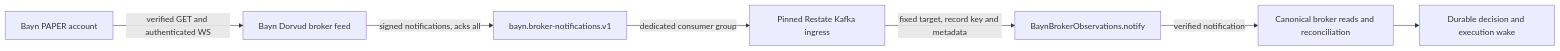
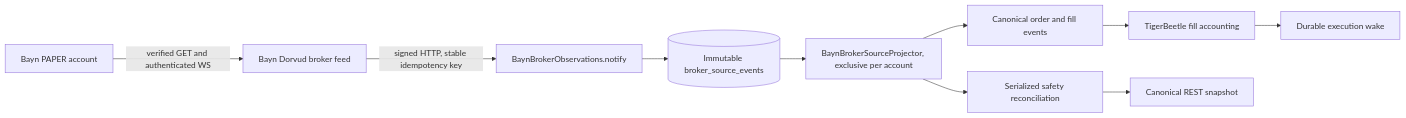
The diagram in argocd/applications/bayn/README.md (proompteng/lab), drawn with Mermaid before and after one commit. The commit also changed other lines of this file and 43 other files, not shown here.

Commit message:
feat(bayn): project broker events through Restate

````diff
--- a/argocd/applications/bayn/README.md
+++ b/argocd/applications/bayn/README.md
@@ -29,9 +31,12 @@
 ```mermaid
 flowchart LR
   Alpaca[Bayn PAPER account] -->|verified GET and authenticated WS| Dorvud[Bayn Dorvud broker feed]
-  Dorvud -->|signed notifications, acks all| Kafka[bayn.broker-notifications.v1]
-  Kafka -->|dedicated consumer group| Adapter[Pinned Restate Kafka ingress]
-  Adapter -->|fixed target, record key and metadata| Notify[BaynBrokerObservations.notify]
-  Notify -->|verified notification| Capture[Canonical broker reads and reconciliation]
-  Capture --> Wake[Durable decision and execution wake]
+  Dorvud -->|signed HTTP, stable idempotency key| Notify[BaynBrokerObservations.notify]
+  Notify --> Ledger[(Immutable broker_source_events)]
+  Ledger --> Project[BaynBrokerSourceProjector, exclusive per account]
+  Project --> Order[Canonical order and fill events]
+  Order --> Accounting[TigerBeetle fill accounting]
+  Accounting --> Wake[Durable execution wake]
+  Project --> Reconcile[Serialized safety reconciliation]
+  Reconcile --> Snapshot[Canonical REST snapshot]
 ```
````
